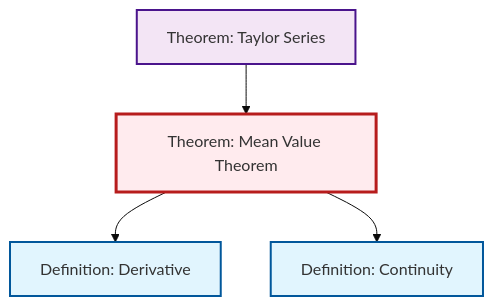
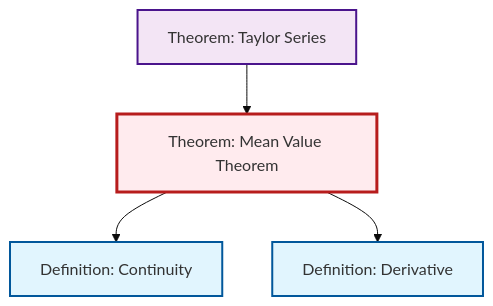
Before and after one commit to RK0429/ModernMath: the diagram in content/ja/analysis/thm-mean-value.qmd, drawn with Mermaid (base theme). The commit also changed other lines of this file and 531 other files, not shown here.

````diff
--- a/content/ja/analysis/thm-mean-value.qmd
+++ b/content/ja/analysis/thm-mean-value.qmd
@@ -80,20 +80,20 @@
 ```{mermaid}
 %%| fig-cap: "Local dependency graph"
 graph TD
     classDef definition fill:#e1f5fe,stroke:#01579b,stroke-width:2px
     classDef theorem fill:#f3e5f5,stroke:#4a148c,stroke-width:2px
     classDef axiom fill:#fff3e0,stroke:#e65100,stroke-width:2px
     classDef example fill:#e8f5e9,stroke:#1b5e20,stroke-width:2px
     classDef current fill:#ffebee,stroke:#b71c1c,stroke-width:3px
+    def-derivative["Definition: Derivative"]:::definition
+    def-continuity["Definition: Continuity"]:::definition
     thm-taylor-series["Theorem: Taylor Series"]:::theorem
-    def-continuity["Definition: Continuity"]:::definition
-    def-derivative["Definition: Derivative"]:::definition
     thm-mean-value["Theorem: Mean Value Theorem"]:::theorem
+    thm-taylor-series --> thm-mean-value
+    thm-mean-value --> def-continuity
     thm-mean-value --> def-derivative
-    thm-mean-value --> def-continuity
-    thm-taylor-series --> thm-mean-value
     class thm-mean-value current
+    click def-derivative "def-derivative.html" "Definition: Derivativeへ"
+    click def-continuity "def-continuity.html" "Definition: Continuityへ"
     click thm-taylor-series "thm-taylor-series.html" "Theorem: Taylor Seriesへ"
-    click def-continuity "def-continuity.html" "Definition: Continuityへ"
-    click def-derivative "def-derivative.html" "Definition: Derivativeへ"
 ```
````
